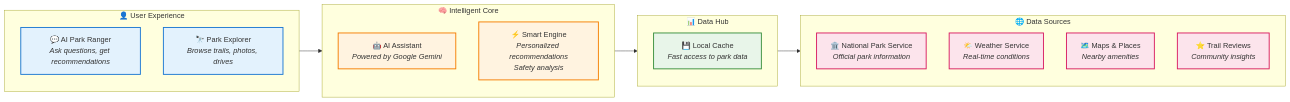
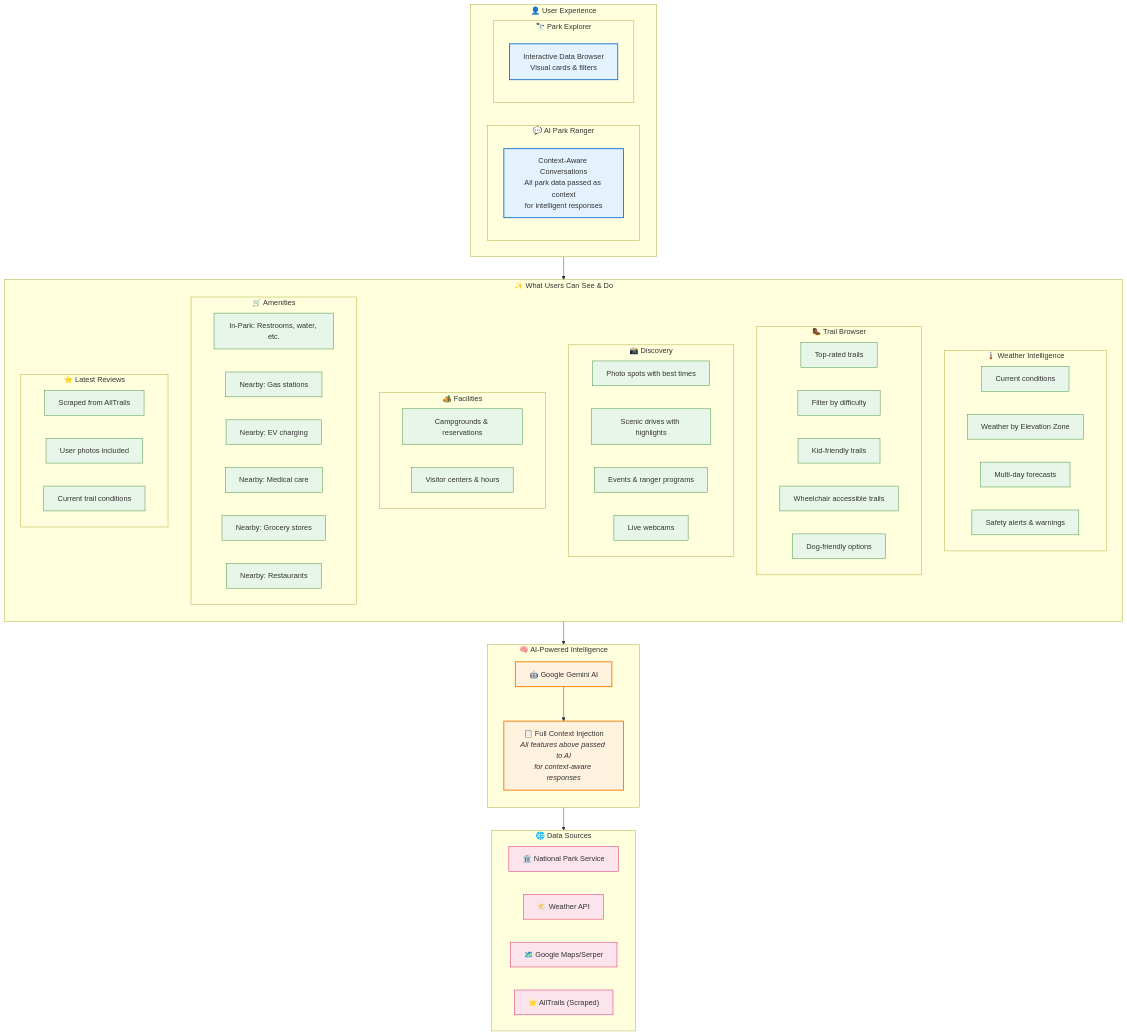
One commit to mohitagr18/outdoor_concierge changed the second of 6 diagrams in notes/architecture_diagrams.md. Above: the diagram before and after it, drawn with Mermaid. The commit also changed other lines of this file, not shown here.

Commit message:
updared architecture

````diff
--- a/notes/architecture_diagrams.md
+++ b/notes/architecture_diagrams.md
@@ -206,41 +206,87 @@
 ```mermaid
-flowchart LR
+flowchart TB
     subgraph USER["👤 User Experience"]
-        direction TB
-        CHAT["💬 AI Park Ranger<br/><i>Ask questions, get recommendations</i>"]
-        EXPLORE["🔭 Park Explorer<br/><i>Browse trails, photos, drives</i>"]
+        direction LR
+        subgraph CHAT_EXP["💬 AI Park Ranger"]
+            CHAT_DESC["Context-Aware Conversations<br/>All park data passed as context<br/>for intelligent responses"]
+        end
+        subgraph EXPLORE_EXP["🔭 Park Explorer"]
+            EXPLORE_DESC["Interactive Data Browser<br/>Visual cards & filters"]
+        end
     end
     
-    subgraph CORE["🧠 Intelligent Core"]
+    subgraph FEATURES["✨ What Users Can See & Do"]
         direction TB
-        AI["🤖 AI Assistant<br/><i>Powered by Google Gemini</i>"]
-        SMART["⚡ Smart Engine<br/><i>Personalized recommendations<br/>Safety analysis</i>"]
+        
+        subgraph WEATHER_FEAT["🌡️ Weather Intelligence"]
+            W1["Current conditions"]
+            W2["Weather by Elevation Zone"]
+            W3["Multi-day forecasts"]
+            W4["Safety alerts & warnings"]
+        end
+        
+        subgraph TRAILS_FEAT["🥾 Trail Browser"]
+            T1["Top-rated trails"]
+            T2["Filter by difficulty"]
+            T3["Kid-friendly trails"]
+            T4["Wheelchair accessible trails"]
+            T5["Dog-friendly options"]
+        end
+        
+        subgraph DISCOVER_FEAT["📸 Discovery"]
+            D1["Photo spots with best times"]
+            D2["Scenic drives with highlights"]
+            D3["Events & ranger programs"]
+            D4["Live webcams"]
+        end
+        
+        subgraph FACILITIES_FEAT["🏕️ Facilities"]
+            F1["Campgrounds & reservations"]
+            F2["Visitor centers & hours"]
+        end
+        
+        subgraph AMENITIES_FEAT["🛒 Amenities"]
+            A1["In-Park: Restrooms, water, etc."]
+            A2["Nearby: Gas stations"]
+            A3["Nearby: EV charging"]
+            A4["Nearby: Medical care"]
+            A5["Nearby: Grocery stores"]
+            A6["Nearby: Restaurants"]
+        end
+        
+        subgraph REVIEWS_FEAT["⭐ Latest Reviews"]
+            R1["Scraped from AllTrails"]
+            R2["User photos included"]
+            R3["Current trail conditions"]
+        end
     end
     
-    subgraph DATA["📊 Data Hub"]
+    subgraph AI_CORE["🧠 AI-Powered Intelligence"]
         direction TB
-        CACHE["💾 Local Cache<br/><i>Fast access to park data</i>"]
+        GEMINI["🤖 Google Gemini AI"]
+        CONTEXT["📋 Full Context Injection<br/><i>All features above passed to AI<br/>for context-aware responses</i>"]
+        GEMINI --> CONTEXT
     end
     
     subgraph SOURCES["🌐 Data Sources"]
-        direction TB
-        NPS["🏛️ National Park Service<br/><i>Official park information</i>"]
-        WEATHER["🌤️ Weather Service<br/><i>Real-time conditions</i>"]
-        MAPS["🗺️ Maps & Places<br/><i>Nearby amenities</i>"]
-        REVIEWS["⭐ Trail Reviews<br/><i>Community insights</i>"]
+        direction LR
+        SRC_NPS["🏛️ National Park Service"]
+        SRC_WEATHER["🌤️ Weather API"]
+        SRC_MAPS["🗺️ Google Maps/Serper"]
+        SRC_ALLTRAILS["⭐ AllTrails (Scraped)"]
     end
     
-    USER --> CORE
-    CORE --> DATA
-    DATA --> SOURCES
+    USER --> FEATURES
+    FEATURES --> AI_CORE
+    AI_CORE --> SOURCES
     
-    classDef userBox fill:#e3f2fd,stroke:#1976d2,stroke-width:2px
-    classDef coreBox fill:#fff3e0,stroke:#f57c00,stroke-width:2px
-    classDef dataBox fill:#e8f5e9,stroke:#388e3c,stroke-width:2px
-    classDef sourceBox fill:#fce4ec,stroke:#d81b60,stroke-width:2px
+    classDef userStyle fill:#e3f2fd,stroke:#1976d2,stroke-width:2px
+    classDef featureStyle fill:#e8f5e9,stroke:#388e3c,stroke-width:1px
+    classDef aiStyle fill:#fff3e0,stroke:#f57c00,stroke-width:2px
+    classDef sourceStyle fill:#fce4ec,stroke:#d81b60,stroke-width:1px
     
-    class CHAT,EXPLORE userBox
-    class AI,SMART coreBox
-    class CACHE dataBox
-    class NPS,WEATHER,MAPS,REVIEWS sourceBox
+    class CHAT_DESC,EXPLORE_DESC userStyle
+    class W1,W2,W3,W4,T1,T2,T3,T4,T5,D1,D2,D3,D4,F1,F2,A1,A2,A3,A4,A5,A6,R1,R2,R3 featureStyle
+    class GEMINI,CONTEXT aiStyle
+    class SRC_NPS,SRC_WEATHER,SRC_MAPS,SRC_ALLTRAILS sourceStyle
 ```
````
